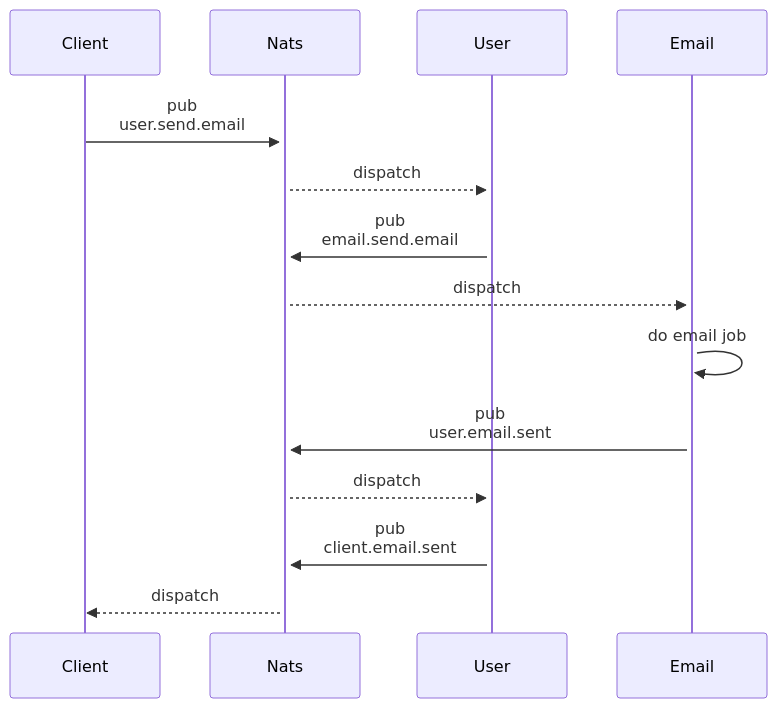
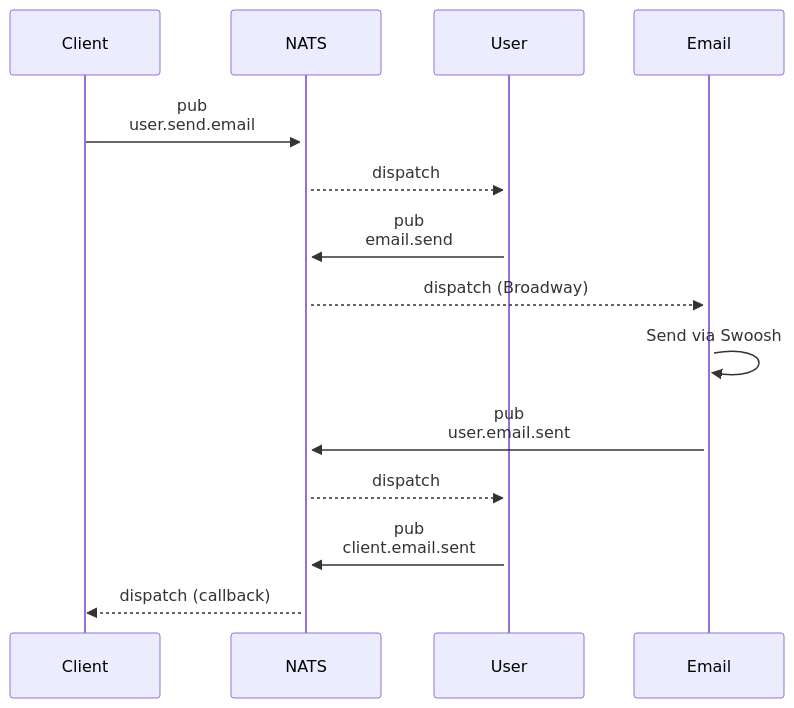
Before and after one commit to dwyl/learn-elixir-microservices-with-natsio-and-opentelemetry: the third of 8 diagrams in README.md, drawn with Mermaid. The commit also changed other lines of this file and 93 other files, not shown here.

````diff
--- a/README.md
+++ b/README.md
@@ -820,12 +854,12 @@
 ```mermaid
 sequenceDiagram
-    Client->> +Nats: pub <br> user.send.email
-    Nats -->> +User: dispatch
-    User ->> Nats: pub <br> email.send.email
-    Nats -->> +Email: dispatch
-    Email ->> Email: do email job
-    Email ->> Nats: pub <br> user.email.sent
-    Nats -->> User: dispatch 
-    User ->> Nats: pub <br> client.email.sent
-    Nats -->> Client: dispatch
+    Client->>+NATS: pub <br> user.send.email
+    NATS-->>+User: dispatch
+    User->>NATS: pub <br> email.send
+    NATS-->>+Email: dispatch (Broadway)
+    Email->>Email: Send via Swoosh
+    Email->>NATS: pub <br> user.email.sent
+    NATS-->>User: dispatch
+    User->>NATS: pub <br> client.email.sent
+    NATS-->>Client: dispatch (callback)
 ```
````
